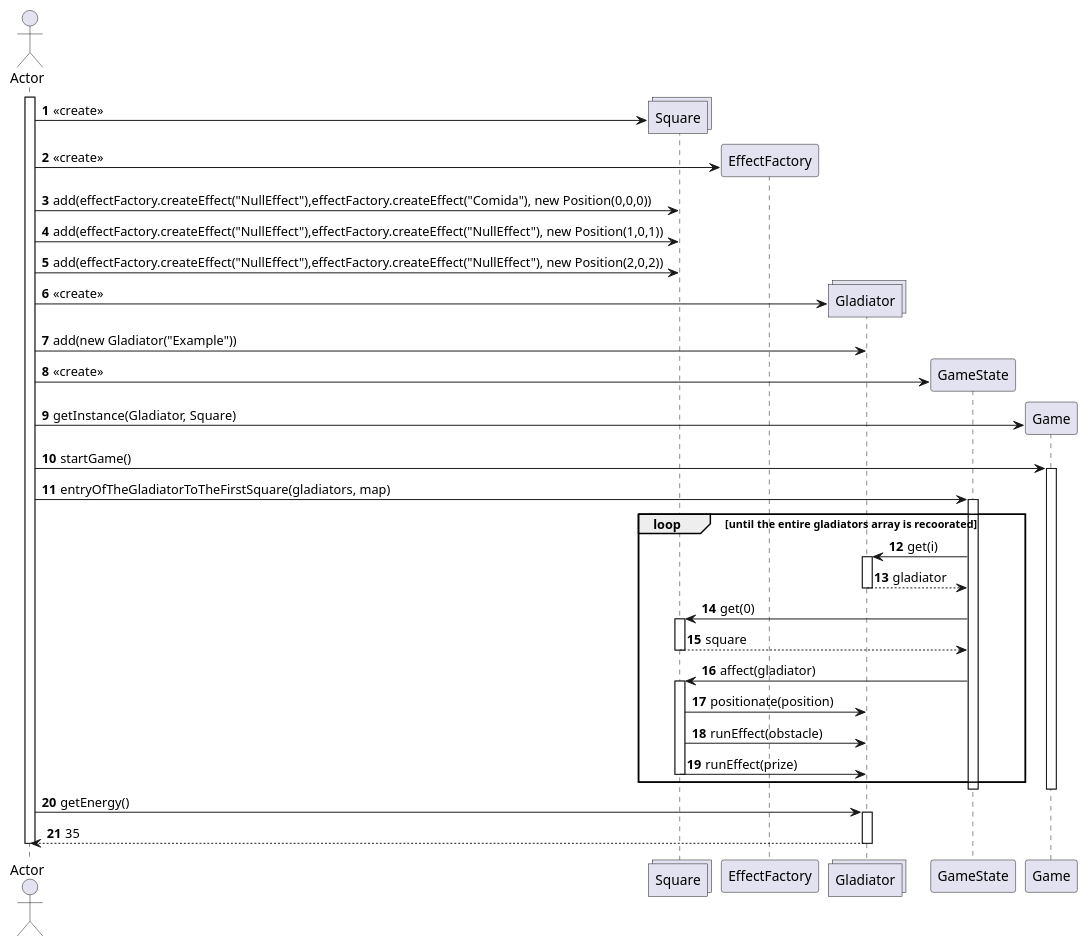
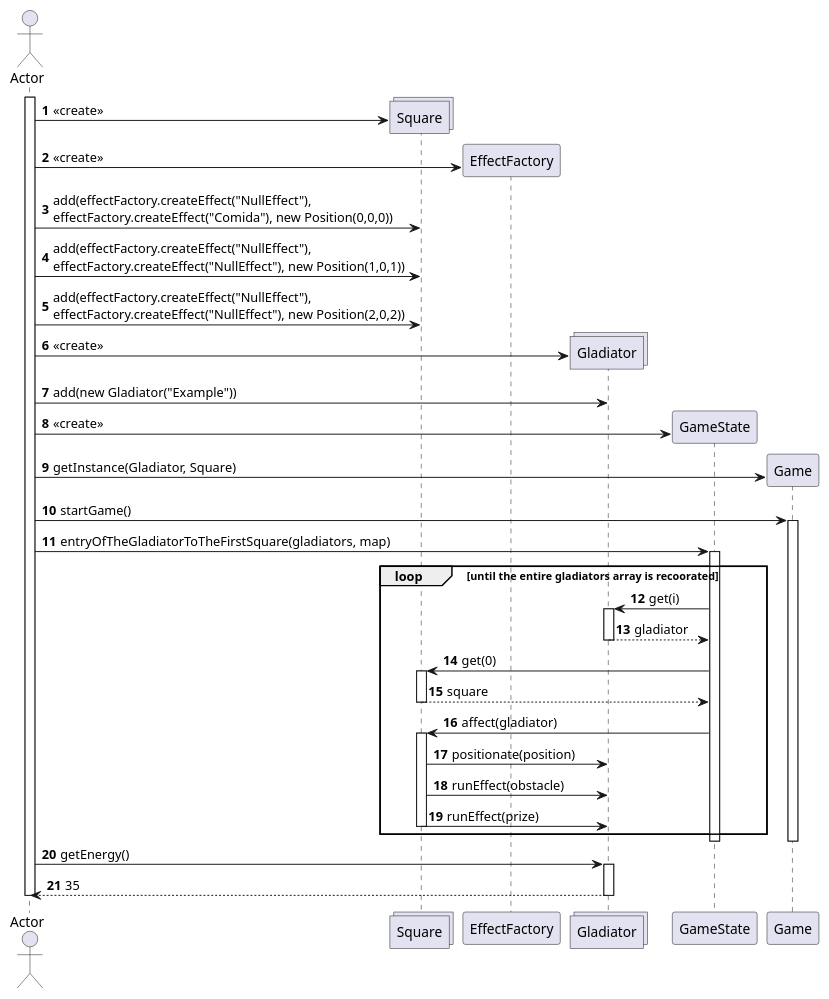
Before and after one commit to PabloGCH/tp2-algo3: the diagram in diagrams/sequences/UseCase02.plantuml, drawn with PlantUML. The commit also changed 8 other files, not shown here.

Commit message:
MultiLines in sequence diagrams

```diff
--- a/diagrams/sequences/UseCase02.plantuml
+++ b/diagrams/sequences/UseCase02.plantuml
@@ -1,51 +1,51 @@
 @startuml
 autonumber
 actor Actor
 activate Actor
 create collections Square
 Actor -> Square: <<create>>
 create EffectFactory
 Actor -> EffectFactory: <<create>>
-Actor -> Square: add(effectFactory.createEffect("NullEffect"),effectFactory.createEffect("Comida"), new Position(0,0,0))
-Actor -> Square: add(effectFactory.createEffect("NullEffect"),effectFactory.createEffect("NullEffect"), new Position(1,0,1))
-Actor -> Square: add(effectFactory.createEffect("NullEffect"),effectFactory.createEffect("NullEffect"), new Position(2,0,2))
+Actor -> Square: add(effectFactory.createEffect("NullEffect"),\neffectFactory.createEffect("Comida"), new Position(0,0,0))
+Actor -> Square: add(effectFactory.createEffect("NullEffect"),\neffectFactory.createEffect("NullEffect"), new Position(1,0,1))
+Actor -> Square: add(effectFactory.createEffect("NullEffect"),\neffectFactory.createEffect("NullEffect"), new Position(2,0,2))
 
 create collections Gladiator
 Actor -> Gladiator: <<create>>
 Actor -> Gladiator: add(new Gladiator("Example"))
 
 create GameState
 Actor -> GameState: <<create>>
 
 create Game
 Actor -> Game: getInstance(Gladiator, Square)
 
 Actor -> Game: startGame()
 activate Game
     Actor -> GameState: entryOfTheGladiatorToTheFirstSquare(gladiators, map)
     activate GameState
         loop until the entire gladiators array is recoorated
             GameState -> Gladiator: get(i)
             activate Gladiator
             Gladiator --> GameState: gladiator
             deactivate Gladiator
             GameState -> Square: get(0)
             activate Square
             Square --> GameState: square
             deactivate Square
             GameState -> Square: affect(gladiator)
             activate Square
             Square -> Gladiator: positionate(position)
             Square -> Gladiator: runEffect(obstacle)
             Square -> Gladiator: runEffect(prize)
             deactivate Square
         end loop
     deactivate GameState
 deactivate Game
 
 Actor -> Gladiator: getEnergy()
 activate Gladiator
     Gladiator --> Actor: 35
 deactivate Gladiator
 deactivate Actor
 @enduml
```
